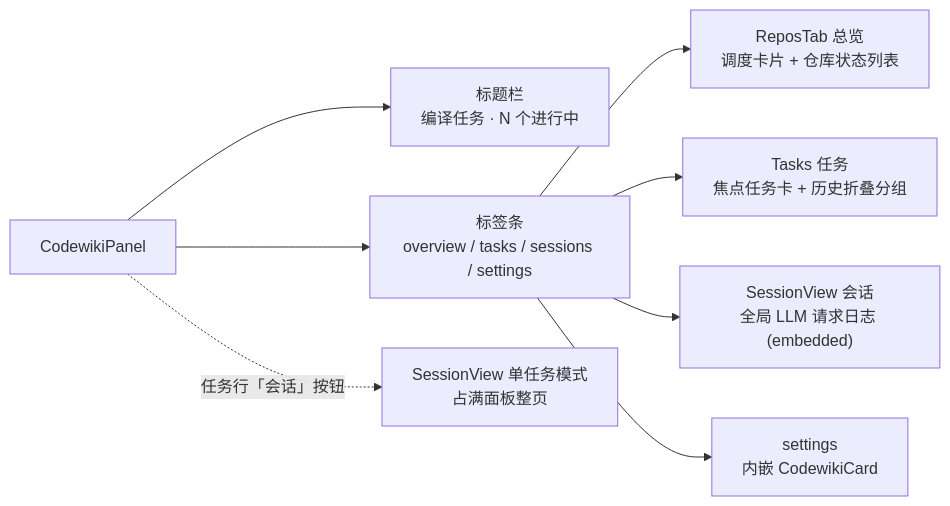
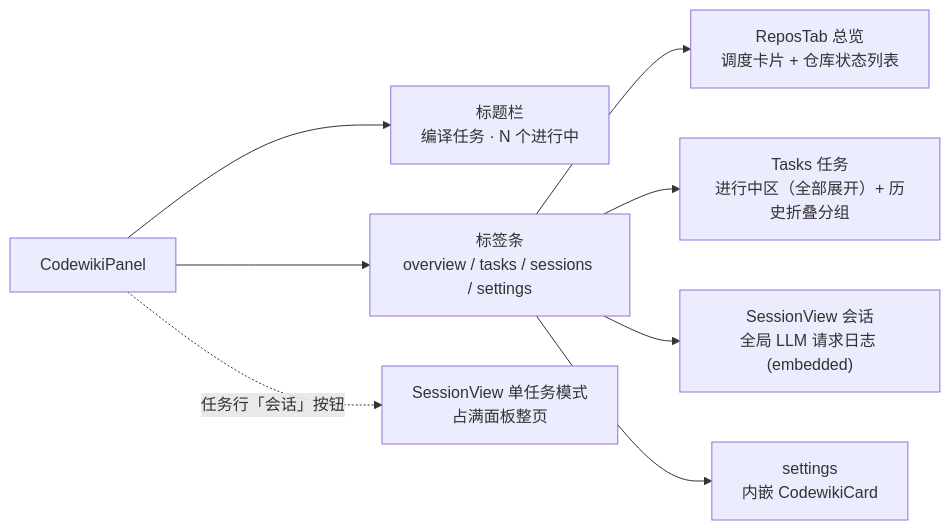
The second of 5 diagrams in .codewiki/_native-state/docs/client_panel_ui.md (ikliml666/dsh-codewiki), drawn with Mermaid before and after one commit. The commit also changed other lines of this file and 14 other files, not shown here.

````diff
--- a/.codewiki/_native-state/docs/client_panel_ui.md
+++ b/.codewiki/_native-state/docs/client_panel_ui.md
@@ -83,10 +83,10 @@
 ```mermaid
 flowchart LR
   Panel["CodewikiPanel"] --> Head["标题栏<br/>编译任务 · N 个进行中"]
   Panel --> TabBar["标签条<br/>overview / tasks / sessions / settings"]
   TabBar --> T1["ReposTab 总览<br/>调度卡片 + 仓库状态列表"]
-  TabBar --> T2["Tasks 任务<br/>焦点任务卡 + 历史折叠分组"]
+  TabBar --> T2["Tasks 任务<br/>进行中区（全部展开）+ 历史折叠分组"]
   TabBar --> T3["SessionView 会话<br/>全局 LLM 请求日志 (embedded)"]
   TabBar --> T4["settings<br/>内嵌 CodewikiCard"]
   Panel -. "任务行「会话」按钮" .-> SV1["SessionView 单任务模式<br/>占满面板整页"]
 ```
````
